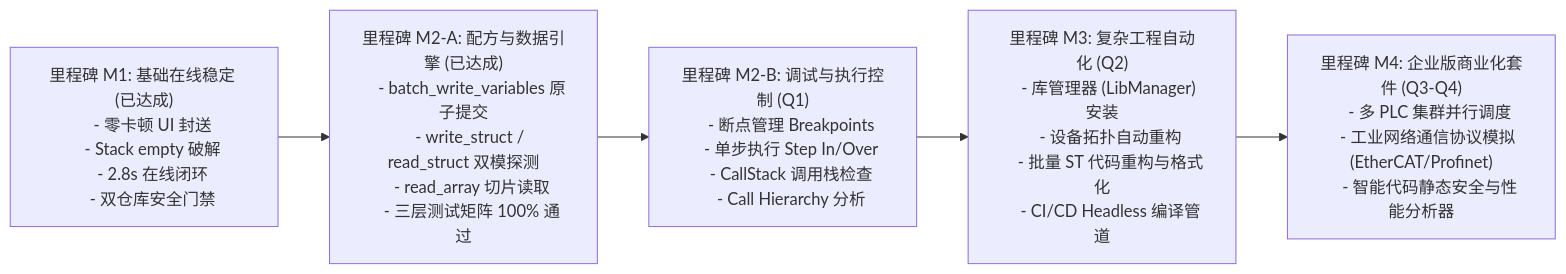
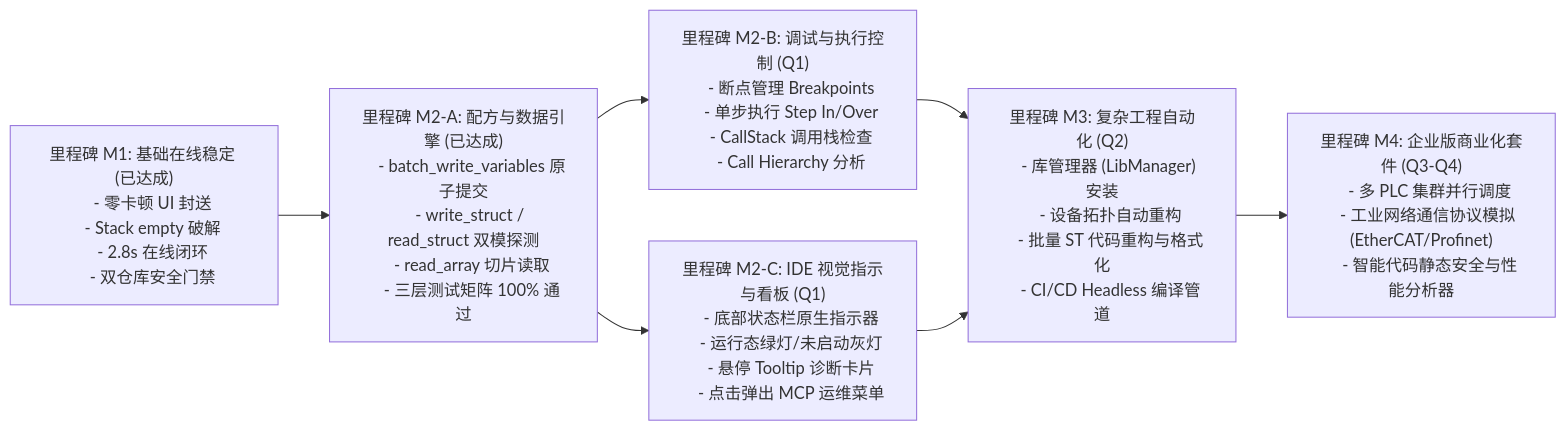
One commit to Zhgong/codesys-mcp-plugin changed the diagram in wiki/00_Product_Roadmap_2026.md. Above: the diagram before and after it, drawn with Mermaid. The commit also changed other lines of this file, not shown here.

Commit message:
docs(roadmap): add Milestone M2-C for IDE visual status indicator

````diff
--- a/wiki/00_Product_Roadmap_2026.md
+++ b/wiki/00_Product_Roadmap_2026.md
@@ -11,29 +11,37 @@
 ```mermaid
 flowchart LR
     M1["里程碑 M1: 基础在线稳定 (已达成)
     - 零卡顿 UI 封送
     - Stack empty 破解
     - 2.8s 在线闭环
     - 双仓库安全门禁"] --> M2A["里程碑 M2-A: 配方与数据引擎 (已达成)
     - batch_write_variables 原子提交
     - write_struct / read_struct 双模探测
     - read_array 切片读取
     - 三层测试矩阵 100% 通过"]
     
     M2A --> M2B["里程碑 M2-B: 调试与执行控制 (Q1)
     - 断点管理 Breakpoints
     - 单步执行 Step In/Over
     - CallStack 调用栈检查
     - Call Hierarchy 分析"]
     
+    M2A --> M2C["里程碑 M2-C: IDE 视觉指示与看板 (Q1)
+    - 底部状态栏原生指示器
+    - 运行态绿灯/未启动灰灯
+    - 悬停 Tooltip 诊断卡片
+    - 点击弹出 MCP 运维菜单"]
+    
     M2B --> M3["里程碑 M3: 复杂工程自动化 (Q2)
     - 库管理器 (LibManager) 安装
     - 设备拓扑自动重构
     - 批量 ST 代码重构与格式化
     - CI/CD Headless 编译管道"]
 
+    M2C --> M3
+
     M3 --> M4["里程碑 M4: 企业版商业化套件 (Q3-Q4)
     - 多 PLC 集群并行调度
     - 工业网络通信协议模拟 (EtherCAT/Profinet)
     - 智能代码静态安全与性能分析器"]
 ```
````
